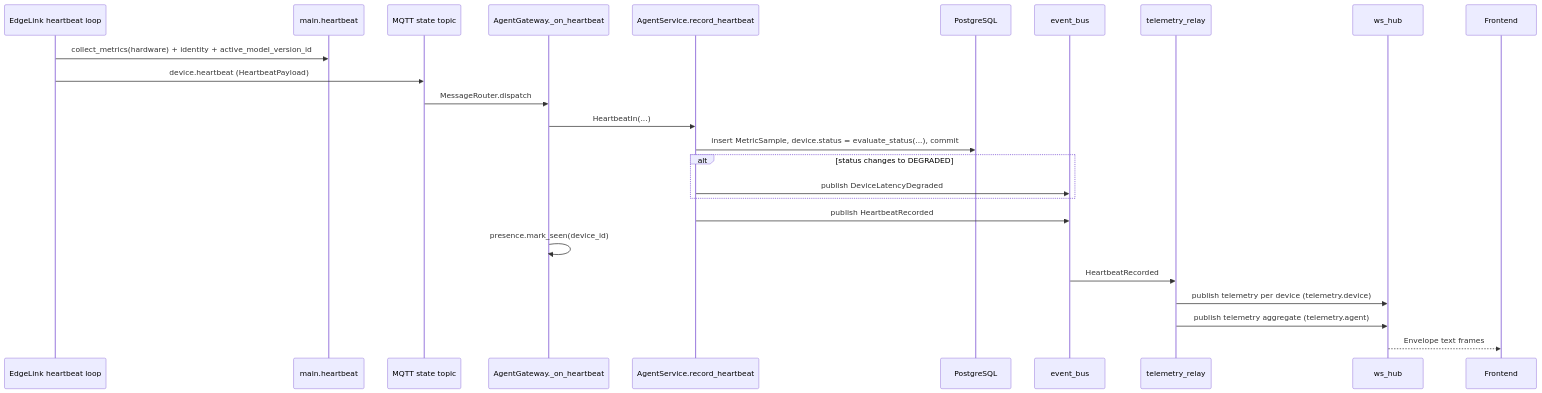
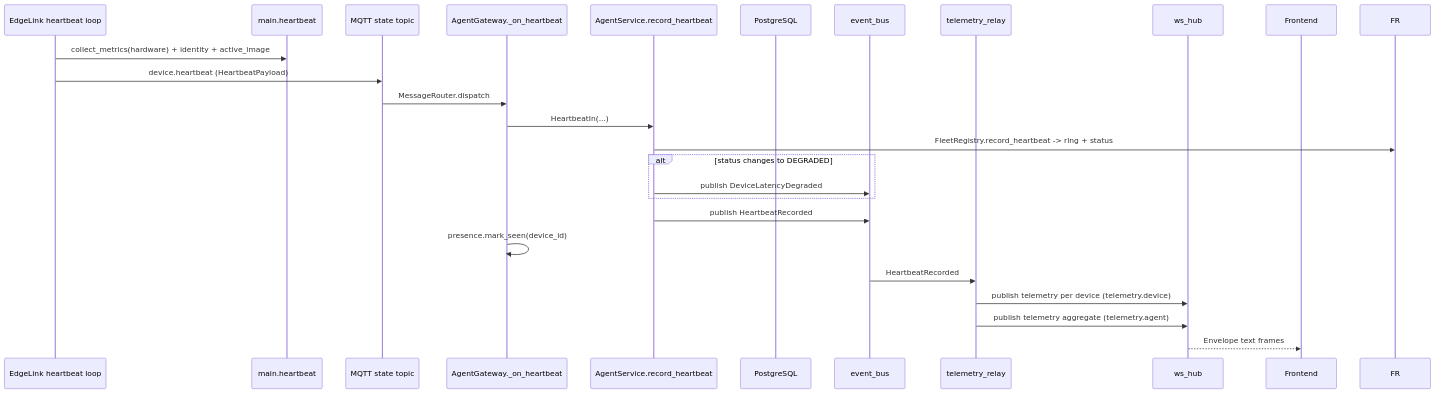
The third of 3 diagrams in docs/flows/edge-server/heartbeat.md (HipSayu/ai-edge-ops), drawn with Mermaid before and after one commit. The commit also changed other lines of this file and 7 other files, not shown here.

First line of the commit message:
docs(flows): redraw deploy-model; refresh heartbeat / device-offline / command-ack

````diff
--- a/docs/flows/edge-server/heartbeat.md
+++ b/docs/flows/edge-server/heartbeat.md
@@ -97,28 +101,28 @@
 ```mermaid
 sequenceDiagram
     participant E as EdgeLink heartbeat loop
     participant HB as main.heartbeat
     participant M as MQTT state topic
     participant G as AgentGateway._on_heartbeat
     participant AS as AgentService.record_heartbeat
     participant DB as PostgreSQL
     participant EB as event_bus
     participant TR as telemetry_relay
     participant H as ws_hub
     participant F as Frontend
 
-    E->>HB: collect_metrics(hardware) + identity + active_model_version_id
+    E->>HB: collect_metrics(hardware) + identity + active_image
     E->>M: device.heartbeat (HeartbeatPayload)
     M->>G: MessageRouter.dispatch
     G->>AS: HeartbeatIn(...)
-    AS->>DB: insert MetricSample, device.status = evaluate_status(...), commit
+    AS->>FR: FleetRegistry.record_heartbeat -> ring + status
     alt status changes to DEGRADED
         AS->>EB: publish DeviceLatencyDegraded
     end
     AS->>EB: publish HeartbeatRecorded
     G->>G: presence.mark_seen(device_id)
     EB->>TR: HeartbeatRecorded
     TR->>H: publish telemetry per device (telemetry.device)
     TR->>H: publish telemetry aggregate (telemetry.agent)
     H-->>F: Envelope text frames
 ```
````
